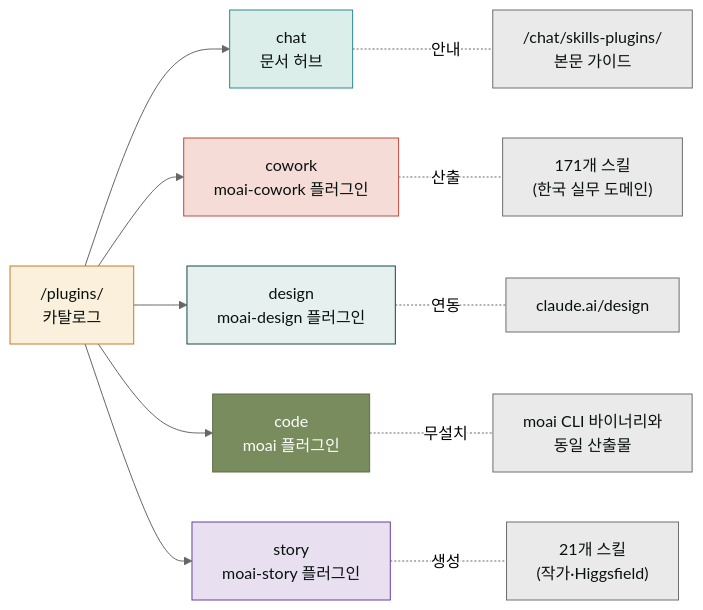
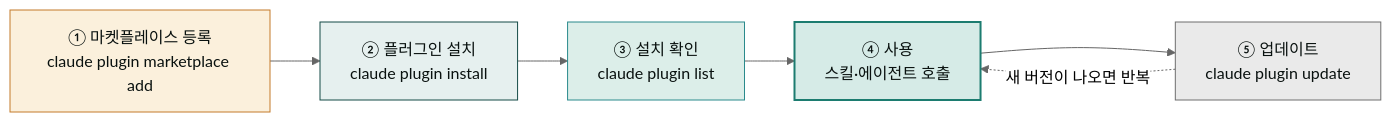
The diagram in www/content/plugins/_index.md (modu-ai/claude), drawn with Mermaid (neutral theme) before and after one commit. The commit also changed other lines of this file and 51 other files, not shown here.

````diff
--- a/www/content/plugins/_index.md
+++ b/www/content/plugins/_index.md
@@ -17,26 +21,14 @@
 ```mermaid
 flowchart LR
-    Root["/plugins/<br/>카탈로그"] --> Chat["chat<br/>문서 허브"]
-    Root --> Cowork["cowork<br/>moai-cowork 플러그인"]
-    Root --> Design["design<br/>moai-design 플러그인"]
-    Root --> Code["code<br/>moai 플러그인"]
-    Root --> Story["story<br/>moai-story 플러그인"]
+    A["① 마켓플레이스 등록<br/>claude plugin marketplace add"] --> B["② 플러그인 설치<br/>claude plugin install"]
+    B --> C["③ 설치 확인<br/>claude plugin list"]
+    C --> D["④ 사용<br/>스킬·에이전트 호출"]
+    D --> E["⑤ 업데이트<br/>claude plugin update"]
+    E -. 새 버전이 나오면 반복 .-> D
 
-    Chat -. 안내 .- ChatFull["/chat/skills-plugins/<br/>본문 가이드"]
-    Cowork -. 산출 .- CoworkSkills["171개 스킬<br/>(한국 실무 도메인)"]
-    Story -. 생성 .- StorySkills["21개 스킬<br/>(작가·Higgsfield)"]
-    Design -. 연동 .- ClaudeDesign["claude.ai/design"]
-    Code -. 무설치 .- SameAs["moai CLI 바이너리와<br/>동일 산출물"]
-
-    style Root fill:#fbf0dc,stroke:#c47b2a,color:#09110f
-    style Chat fill:#dceee9,stroke:#2a8a8c,color:#09110f
-    style Cowork fill:#f5dcd7,stroke:#c44a3a,color:#09110f
-    style Design fill:#e6f0ef,stroke:#144a46,color:#09110f
-    style Code fill:#788C5D,stroke:#5F6F4A,color:#FFFFFF
-    style Story fill:#e8e0f0,stroke:#6b3fa0,color:#09110f
-    style ChatFull fill:#eaeaea,stroke:#6e6e6e,color:#09110f
-    style CoworkSkills fill:#eaeaea,stroke:#6e6e6e,color:#09110f
-    style ClaudeDesign fill:#eaeaea,stroke:#6e6e6e,color:#09110f
-    style SameAs fill:#eaeaea,stroke:#6e6e6e,color:#09110f
-    style StorySkills fill:#eaeaea,stroke:#6e6e6e,color:#09110f
+    style A fill:#fbf0dc,stroke:#c47b2a,color:#09110f
+    style B fill:#e6f0ef,stroke:#144a46,color:#09110f
+    style C fill:#dceee9,stroke:#2a8a8c,color:#09110f
+    style D fill:#d6ebe7,stroke:#1c7c70,stroke-width:2px,color:#09110f
+    style E fill:#eaeaea,stroke:#6e6e6e,color:#09110f
 ```
````
